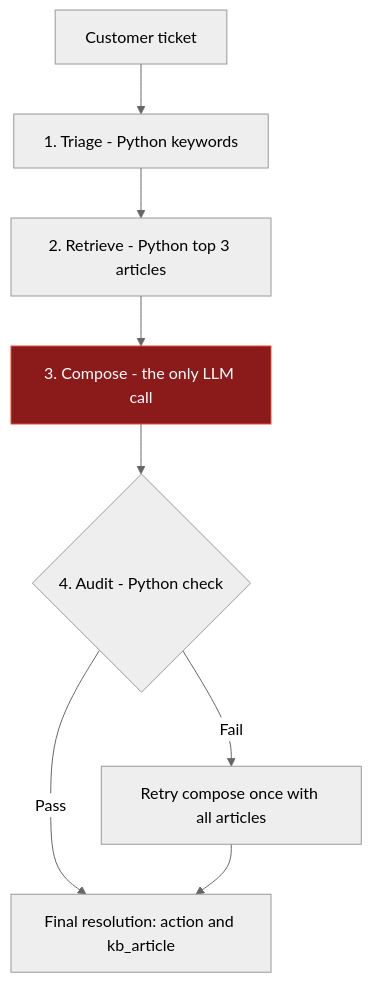
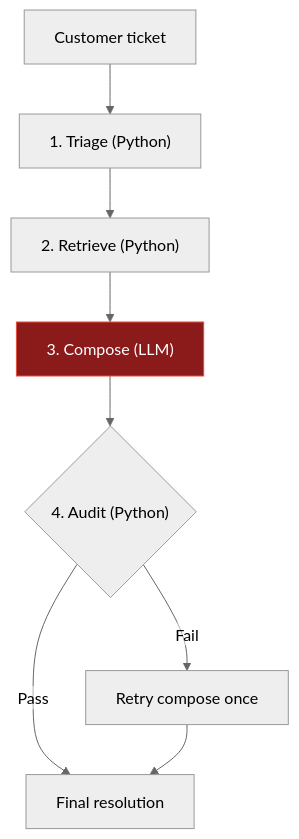
One commit to AnishKmSingh/intern-assignment-llm-cost-optimization changed the fourth of 4 diagrams in question1/SUBMISSION.md. Above: the diagram before and after it, drawn with Mermaid (neutral theme). The commit also changed other lines of this file, not shown here.

First line of the commit message:
Refactor submission with updated flowcharts and details

````diff
--- a/question1/SUBMISSION.md
+++ b/question1/SUBMISSION.md
@@ -53,13 +60,14 @@
 ```mermaid
+%%{init: {"flowchart": {"htmlLabels": false}}}%%
 flowchart TD
-    A["Customer ticket"] --> B["1. Triage - Python keywords"]
-    B --> C["2. Retrieve - Python top 3 articles"]
-    C --> D["3. Compose - the only LLM call"]
-    D --> E{"4. Audit - Python check"}
-    E -->|Pass| F["Final resolution: action and kb_article"]
-    E -->|Fail| G["Retry compose once with all articles"]
+    A["Customer ticket"] --> B["1. Triage (Python)"]
+    B --> C["2. Retrieve (Python)"]
+    C --> D["3. Compose (LLM)"]
+    D --> E{"4. Audit (Python)"}
+    E -->|Pass| F["Final resolution"]
+    E -->|Fail| G["Retry compose once"]
     G --> F
 
     classDef llm fill:#8b1a1a,stroke:#e74c3c,color:#ffffff
     class D llm
 ```
````
